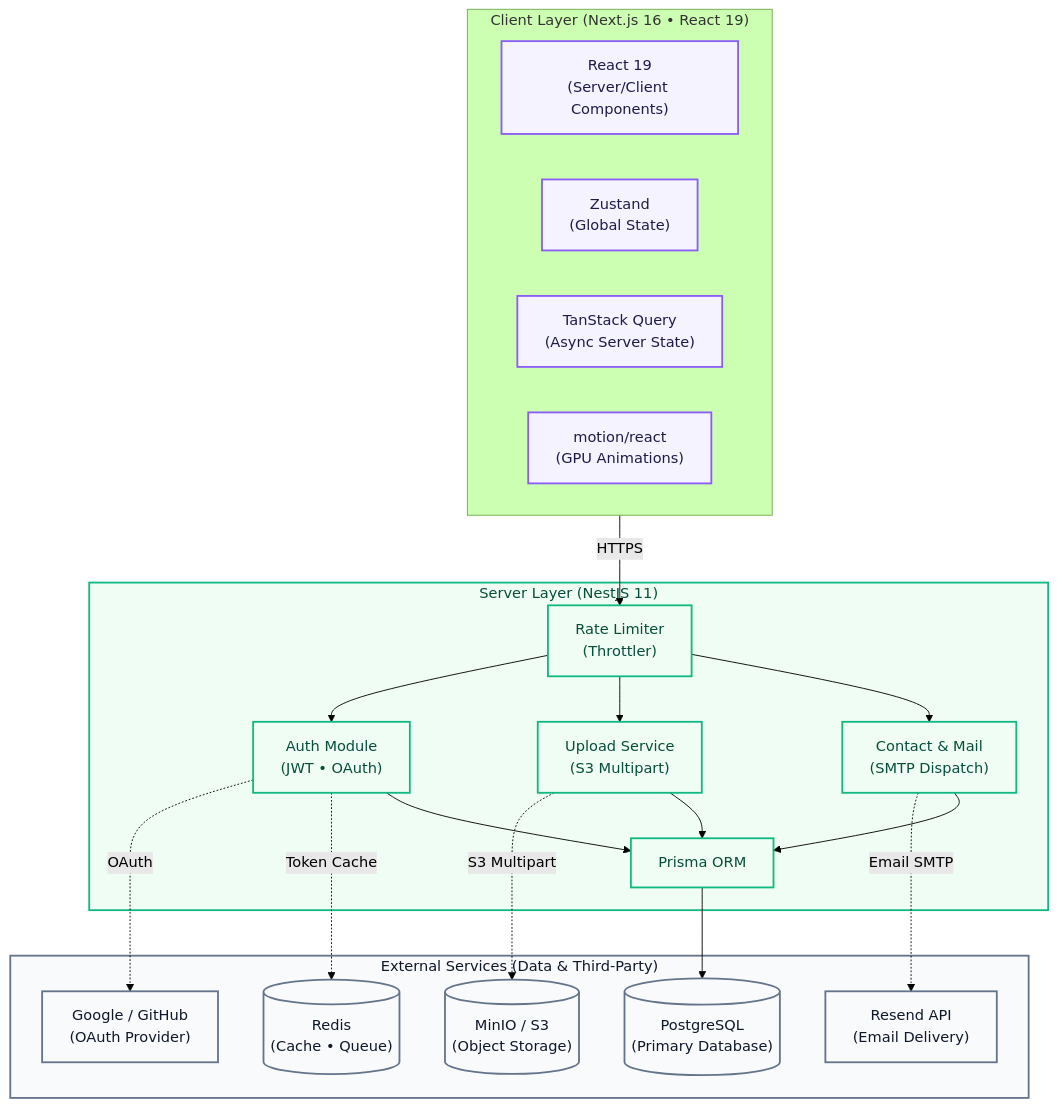
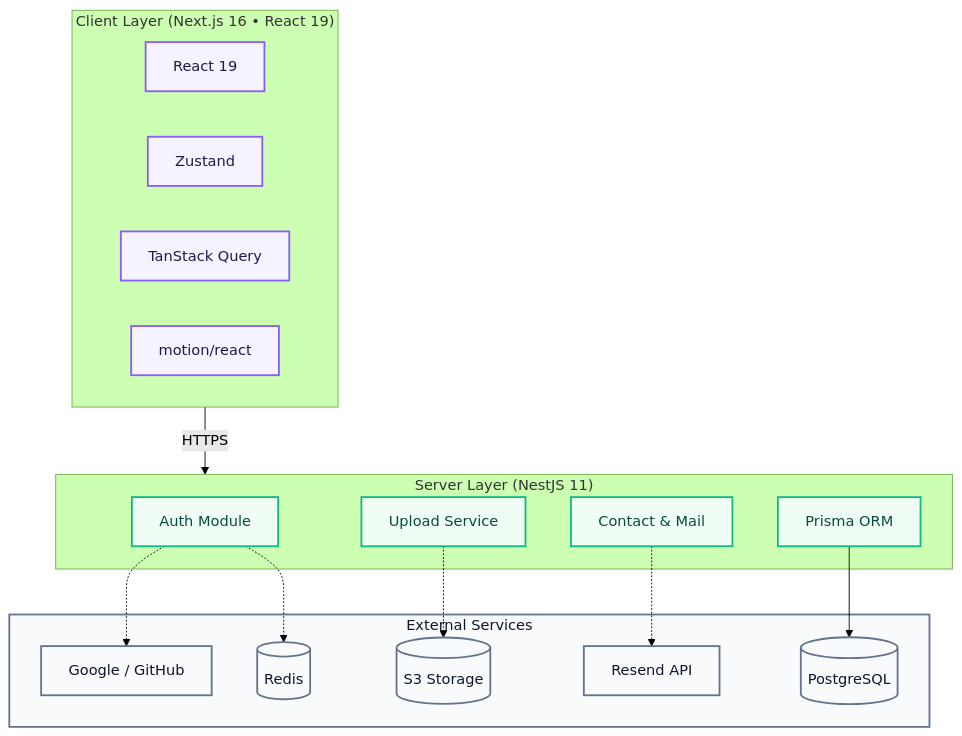
The diagram in README.md (nuntawatt/Portfolio-NextJS), drawn with Mermaid (forest theme) before and after one commit. The commit also changed other lines of this file, not shown here.

Commit message:
docs: rewrite README.md with clean design approach, tech stack and setup guide

````diff
--- a/README.md
+++ b/README.md
@@ -18,53 +24,38 @@
 ```mermaid
 graph TD
     classDef client fill:#f5f3ff,stroke:#8b5cf6,stroke-width:2px,color:#1e1b4b;
     classDef server fill:#f0fdf4,stroke:#10b981,stroke-width:2px,color:#064e3b;
     classDef external fill:#f8fafc,stroke:#64748b,stroke-width:2px,color:#0f172a;
-    classDef legend fill:#ffffff,stroke:#cccccc,stroke-width:1px;
 
     subgraph Client ["Client Layer (Next.js 16 • React 19)"]
-        React["React 19<br/>(Server/Client Components)"]
-        Zustand["Zustand<br/>(Global State)"]
-        TanStack["TanStack Query<br/>(Async Server State)"]
-        Motion["motion/react<br/>(GPU Animations)"]
+        React["React 19"]
+        Zustand["Zustand"]
+        TanStack["TanStack Query"]
+        Motion["motion/react"]
     end
     class Client,React,Zustand,TanStack,Motion client;
 
     subgraph Server ["Server Layer (NestJS 11)"]
-        Throttler["Rate Limiter<br/>(Throttler)"]
-        
-        Auth["Auth Module<br/>(JWT • OAuth)"]
-        Upload["Upload Service<br/>(S3 Multipart)"]
-        Contact["Contact & Mail<br/>(SMTP Dispatch)"]
-        
+        Auth["Auth Module"]
+        Upload["Upload Service"]
+        Contact["Contact & Mail"]
         Prisma["Prisma ORM"]
     end
-    class Server,Throttler,Auth,Upload,Contact,Prisma server;
+    class Server,Auth,Upload,Contact,Prisma server;
 
-    subgraph External ["External Services (Data & Third-Party)"]
-        Postgres[("PostgreSQL<br/>(Primary Database)")]
-        Redis[("Redis<br/>(Cache • Queue)")]
-        S3[("MinIO / S3<br/>(Object Storage)")]
-        Resend["Resend API<br/>(Email Delivery)"]
-        OAuthProviders["Google / GitHub<br/>(OAuth Provider)"]
+    subgraph External ["External Services"]
+        Postgres[("PostgreSQL")]
+        Redis[("Redis")]
+        S3[("S3 Storage")]
+        Resend["Resend API"]
+        OAuth["Google / GitHub"]
     end
-    class External,Postgres,Redis,S3,Resend,OAuthProviders external;
+    class External,Postgres,Redis,S3,Resend,OAuth external;
 
-    %% Network & Flow Connections
-    Client -->|HTTPS| Throttler
-    
-    Throttler --> Auth
-    Throttler --> Upload
-    Throttler --> Contact
-    
-    Auth -.->|OAuth| OAuthProviders
-    Auth -.->|Token Cache| Redis
-    Upload -.->|S3 Multipart| S3
-    Contact -.->|Email SMTP| Resend
-    
-    Auth --> Prisma
-    Upload --> Prisma
-    Contact --> Prisma
-    
+    Client -->|HTTPS| Server
+    Auth -.-> OAuth
+    Auth -.-> Redis
+    Upload -.-> S3
+    Contact -.-> Resend
     Prisma --> Postgres
 ```
````
